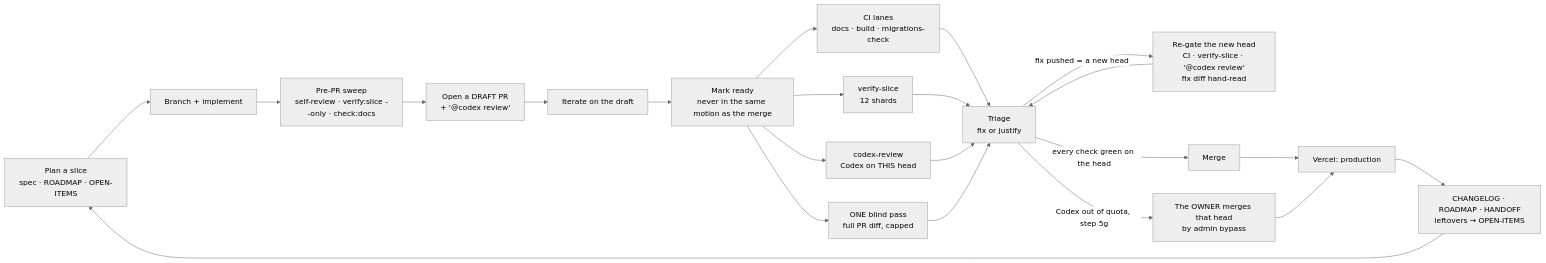
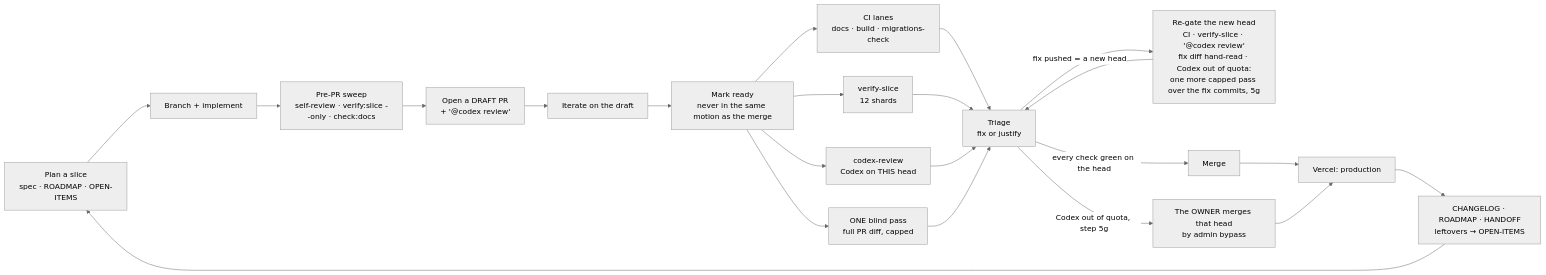
Before and after one commit to min-hinthar/mms-platform: the diagram in docs/WORKFLOW.md, drawn with Mermaid (neutral theme). The commit also changed other lines of this file and 9 other files, not shown here.

````diff
--- a/docs/WORKFLOW.md
+++ b/docs/WORKFLOW.md
@@ -15,21 +15,21 @@
 ```mermaid
 flowchart LR
   A[Plan a slice<br/>spec · ROADMAP · OPEN-ITEMS] --> B[Branch + implement]
   B --> S[Pre-PR sweep<br/>self-review · verify:slice --only · check:docs]
   S --> C[Open a DRAFT PR<br/>+ '@codex review']
   C --> R[Iterate on the draft]
   R --> M[Mark ready<br/>never in the same motion as the merge]
   M --> P1[CI lanes<br/>docs · build · migrations-check]
   M --> P2[verify-slice<br/>12 shards]
   M --> P3[codex-review<br/>Codex on THIS head]
   M --> P4[ONE blind pass<br/>full PR diff, capped]
   P1 & P2 & P3 & P4 --> T[Triage<br/>fix or justify]
-  T -->|fix pushed = a new head| N[Re-gate the new head<br/>CI · verify-slice · '@codex review'<br/>fix diff hand-read]
+  T -->|fix pushed = a new head| N[Re-gate the new head<br/>CI · verify-slice · '@codex review'<br/>fix diff hand-read · Codex out of quota:<br/>one more capped pass over the fix commits, 5g]
   N --> T
   T -->|every check green on the head| G[Merge]
   T -->|Codex out of quota, step 5g| O[The OWNER merges that head<br/>by admin bypass]
   G --> H[Vercel: production]
   O --> H
   H --> I[CHANGELOG · ROADMAP · HANDOFF<br/>leftovers → OPEN-ITEMS]
   I --> A
 ```
````
